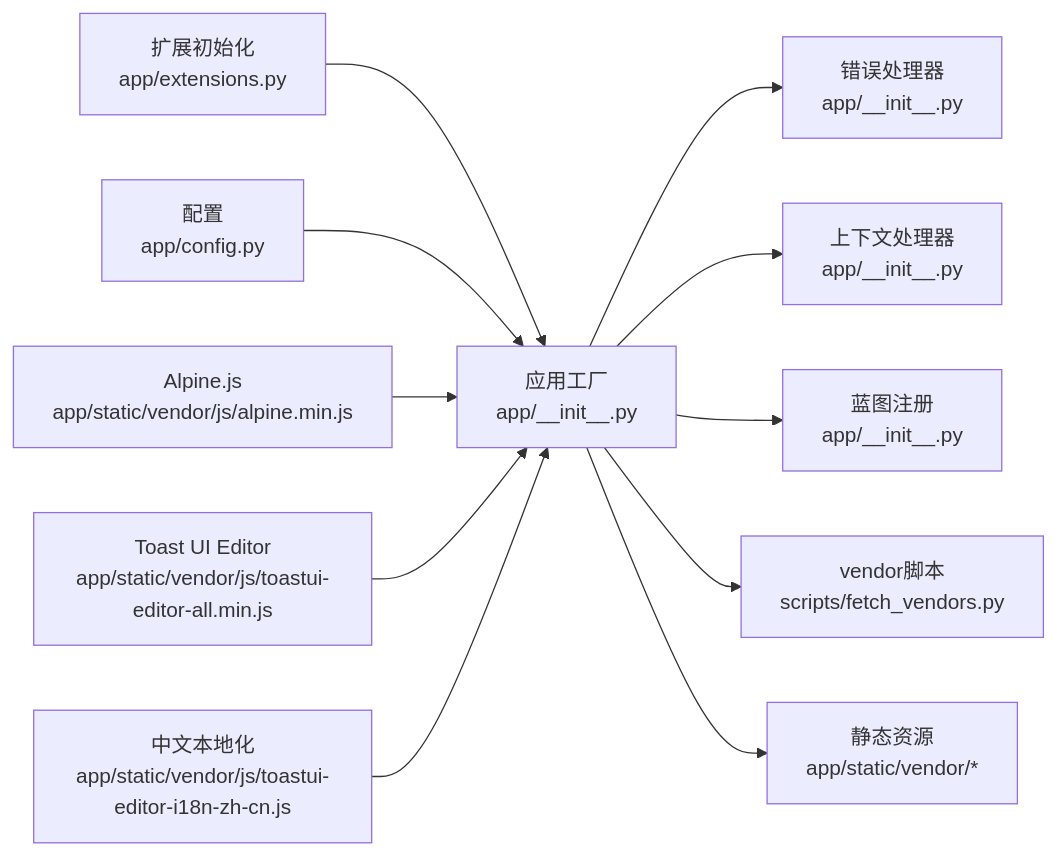
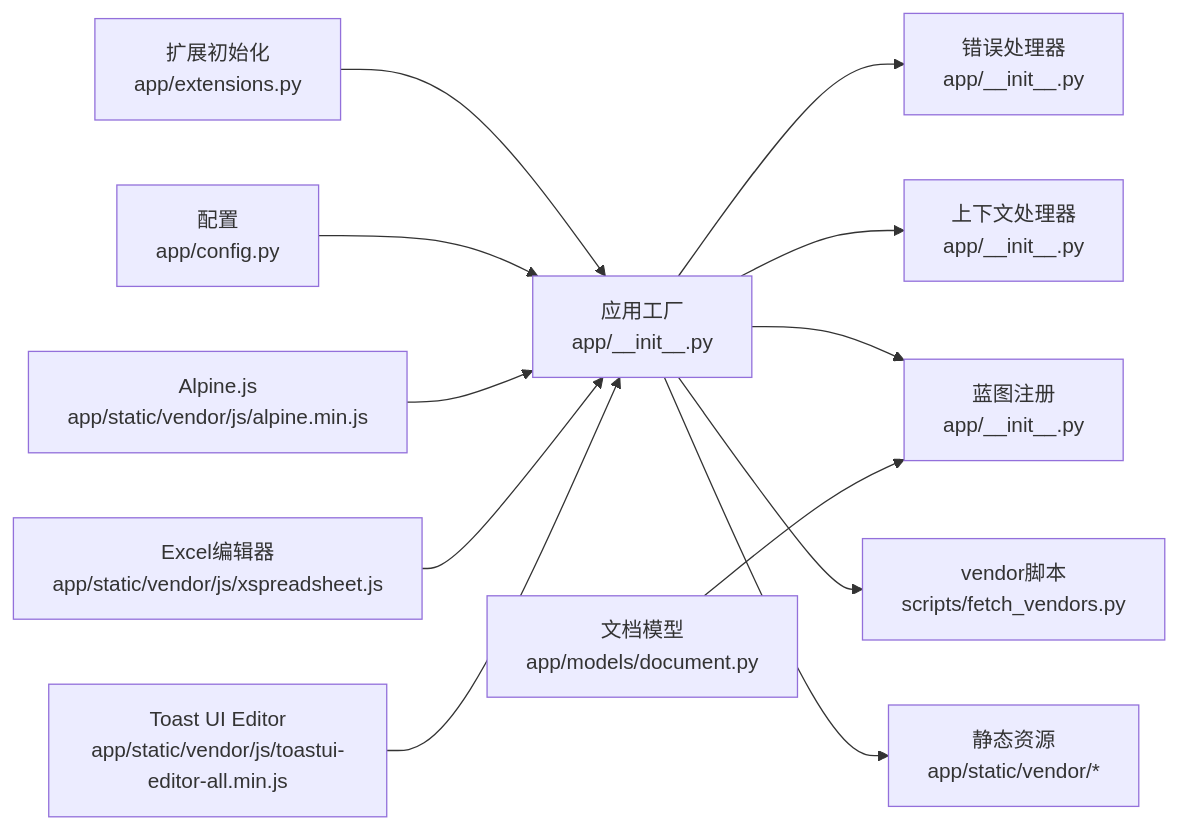
Before and after one commit to beyondalbert/my_wiki: diagram 11 of 11 in .qoder/repowiki/zh/content/前端模板系统.md, drawn with Mermaid. The commit also changed other lines of this file and 7 other files, not shown here.

````diff
--- a/.qoder/repowiki/zh/content/前端模板系统.md
+++ b/.qoder/repowiki/zh/content/前端模板系统.md
@@ -538,13 +602,14 @@
 ```mermaid
 graph LR
 EXT["扩展初始化<br/>app/extensions.py"] --> APP["应用工厂<br/>app/__init__.py"]
 CFG["配置<br/>app/config.py"] --> APP
 APP --> ERR["错误处理器<br/>app/__init__.py"]
 APP --> CTX["上下文处理器<br/>app/__init__.py"]
 APP --> BP["蓝图注册<br/>app/__init__.py"]
 ALP["Alpine.js<br/>app/static/vendor/js/alpine.min.js"] --> APP
+XSP["Excel编辑器<br/>app/static/vendor/js/xspreadsheet.js"] --> APP
 TUI["Toast UI Editor<br/>app/static/vendor/js/toastui-editor-all.min.js"] --> APP
-I18N["中文本地化<br/>app/static/vendor/js/toastui-editor-i18n-zh-cn.js"] --> APP
+DOC["文档模型<br/>app/models/document.py"] --> BP
 APP --> VEN["vendor脚本<br/>scripts/fetch_vendors.py"]
 APP --> ST["静态资源<br/>app/static/vendor/*"]
 ```
````
